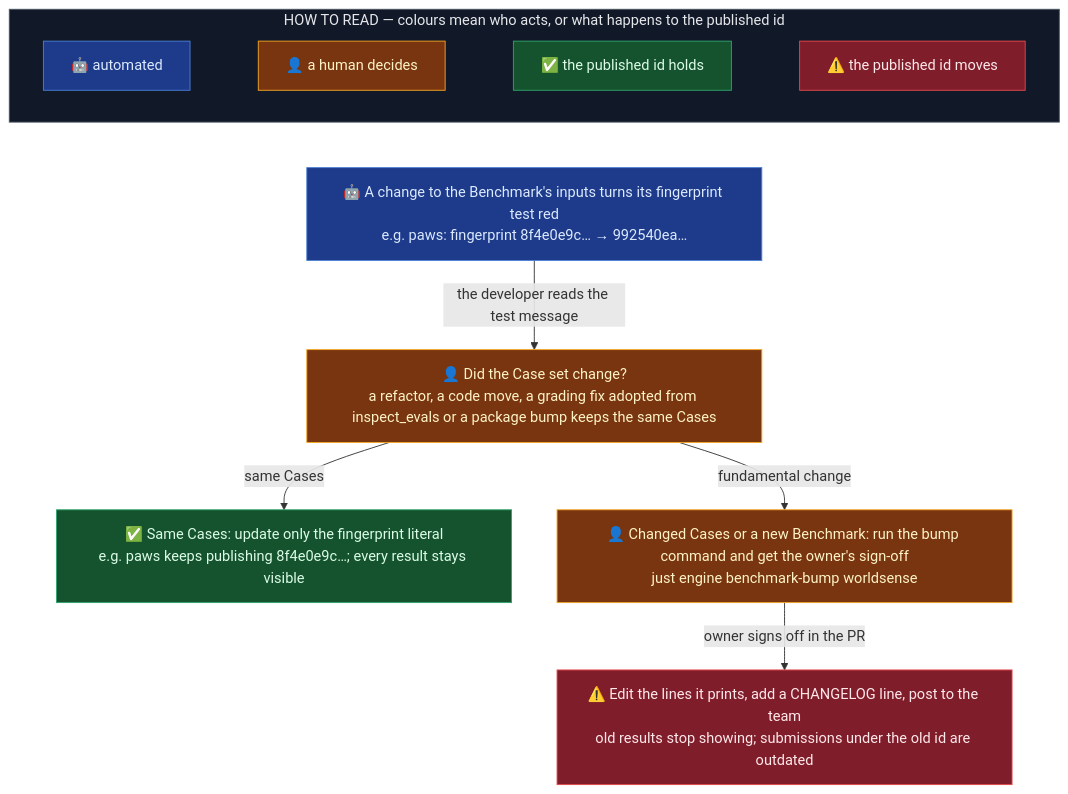
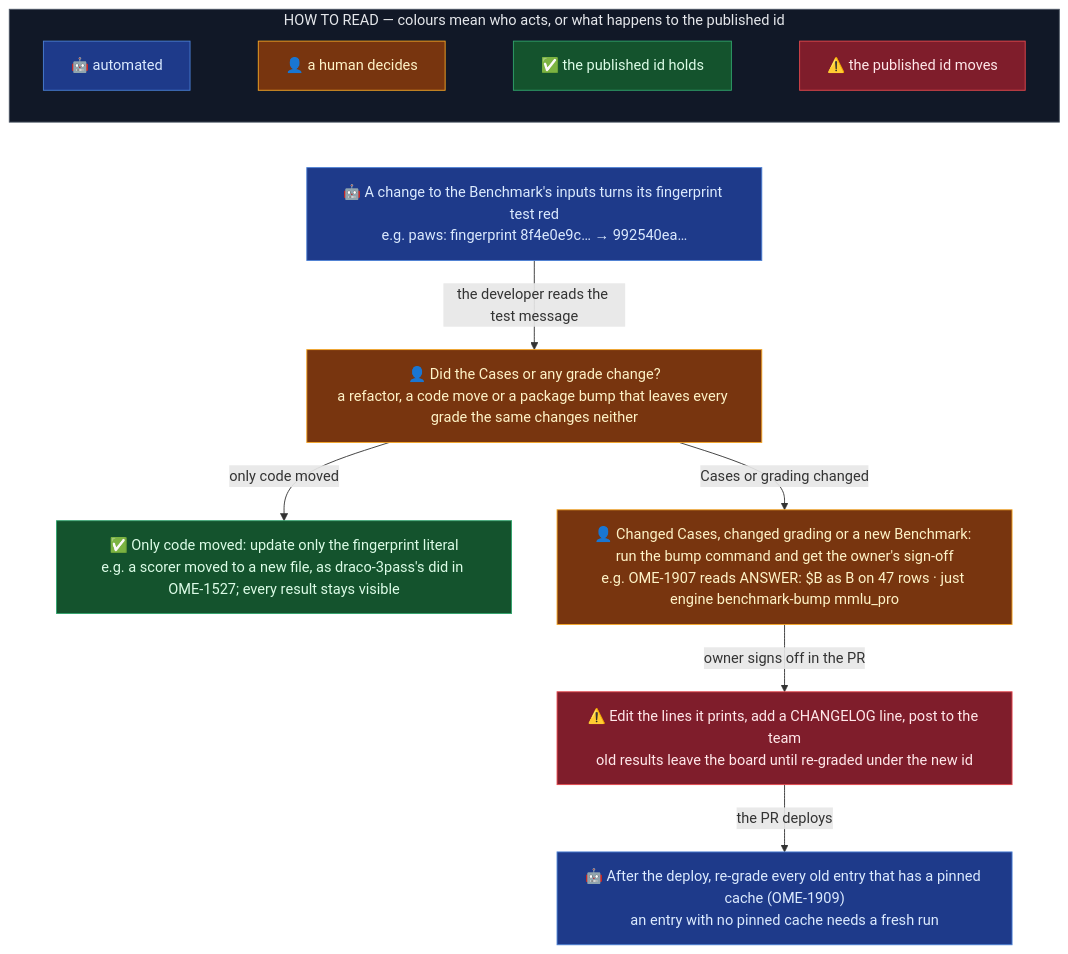
Before and after one commit to ScreamingFace/screamingface: the second of 2 diagrams in apps/screamingface-engine/docs/adding-an-imported-benchmark.md, drawn with Mermaid. The commit also changed other lines of this file and 3 other files, not shown here.

First line of the commit message:
docs(screamingface-engine): move a Benchmark's published revision when its grading changes

````diff
--- a/apps/screamingface-engine/docs/adding-an-imported-benchmark.md
+++ b/apps/screamingface-engine/docs/adding-an-imported-benchmark.md
@@ -361,31 +366,33 @@
 ```mermaid
 %%{init: {"flowchart": {"wrappingWidth": 440}}}%%
 flowchart TB
   subgraph KEY["HOW TO READ — colours mean who acts, or what happens to the published id"]
     direction LR
     k1["🤖 automated"]
     k2["👤 a human decides"]
     k3["✅ the published id holds"]
     k4["⚠️ the published id moves"]
     k1 ~~~ k2 ~~~ k3 ~~~ k4
   end
   KEY ~~~ s1
   s1["🤖 A change to the Benchmark's inputs turns its fingerprint test red<br/>e.g. paws: fingerprint 8f4e0e9c… → 992540ea…"]
-  s2["👤 Did the Case set change?<br/>a refactor, a code move, a grading fix adopted from inspect_evals or a package bump keeps the same Cases"]
-  s3["✅ Same Cases: update only the fingerprint literal<br/>e.g. paws keeps publishing 8f4e0e9c…; every result stays visible"]
-  s4["👤 Changed Cases or a new Benchmark: run the bump command and get the owner's sign-off<br/>just engine benchmark-bump worldsense"]
-  s5["⚠️ Edit the lines it prints, add a CHANGELOG line, post to the team<br/>old results stop showing; submissions under the old id are outdated"]
+  s2["👤 Did the Cases or any grade change?<br/>a refactor, a code move or a package bump that leaves every grade the same changes neither"]
+  s3["✅ Only code moved: update only the fingerprint literal<br/>e.g. a scorer moved to a new file, as draco-3pass's did in OME-1527; every result stays visible"]
+  s4["👤 Changed Cases, changed grading or a new Benchmark: run the bump command and get the owner's sign-off<br/>e.g. OME-1907 reads ANSWER: $B as B on 47 rows · just engine benchmark-bump mmlu_pro"]
+  s5["⚠️ Edit the lines it prints, add a CHANGELOG line, post to the team<br/>old results leave the board until re-graded under the new id"]
+  s6["🤖 After the deploy, re-grade every old entry that has a pinned cache (OME-1909)<br/>an entry with no pinned cache needs a fresh run"]
   s1 -- "the developer reads the test message" --> s2
-  s2 -- "same Cases" --> s3
-  s2 -- "fundamental change" --> s4
+  s2 -- "only code moved" --> s3
+  s2 -- "Cases or grading changed" --> s4
   s4 -- "owner signs off in the PR" --> s5
+  s5 -- "the PR deploys" --> s6
   classDef auto fill:#1e3a8a,stroke:#4a7fd4,color:#dbeafe
   classDef human fill:#78350f,stroke:#f5a524,color:#fef3c7
   classDef good fill:#14532d,stroke:#30a46c,color:#dcfce7
   classDef bad fill:#7f1d2b,stroke:#e5484d,color:#ffe8ea
-  class k1,s1 auto
+  class k1,s1,s6 auto
   class k2,s2,s4 human
   class k3,s3 good
   class k4,s5 bad
   style KEY fill:#111827,stroke:#4b5563,color:#e5e7eb
 ```
````
